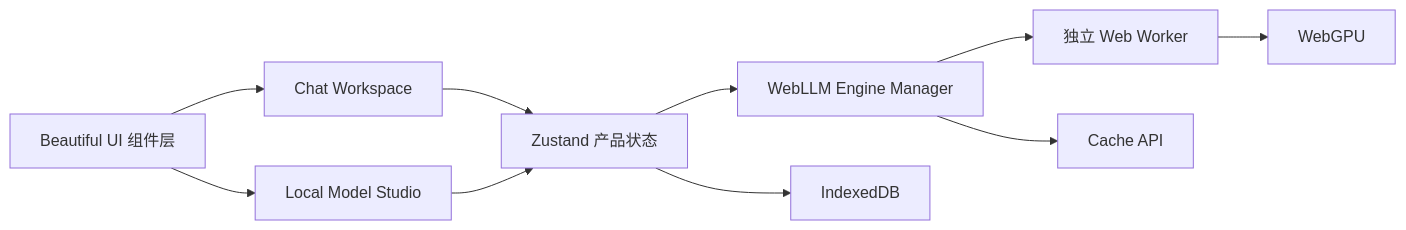
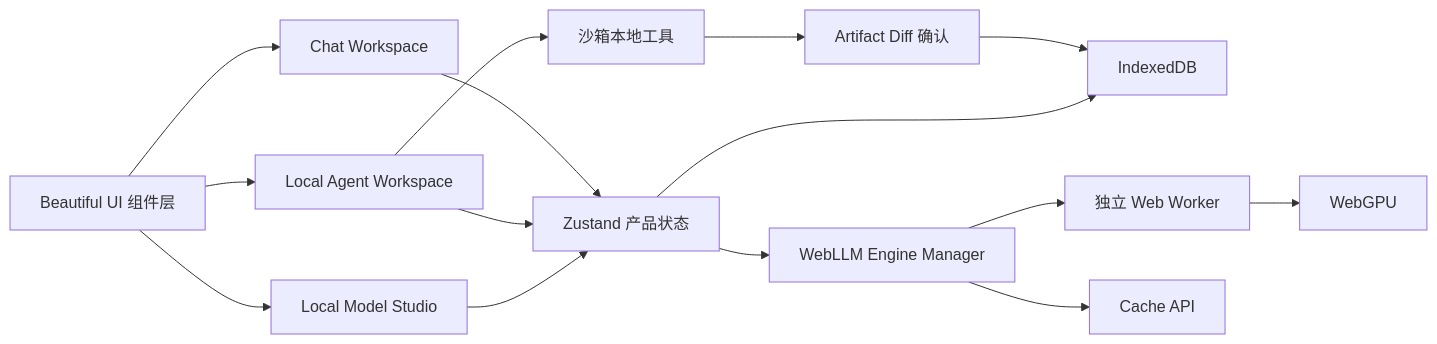
One commit to Ryan-yang125/ChatLLM-Web changed the diagram in README.zh-CN.md. Above: the diagram before and after it, drawn with Mermaid. The commit also changed other lines of this file and 27 other files, not shown here.

Commit message:
feat: ship v3.2 local agent workspace (#24)

````diff
--- a/README.zh-CN.md
+++ b/README.zh-CN.md
@@ -123,12 +146,17 @@
 ```mermaid
 flowchart LR
   UI[Beautiful UI 组件层] --> Chat[Chat Workspace]
+  UI --> Agent[Local Agent Workspace]
   UI --> Studio[Local Model Studio]
   Chat --> Store[Zustand 产品状态]
+  Agent --> Store
+  Agent --> Tools[沙箱本地工具]
+  Tools --> Approval[Artifact Diff 确认]
+  Approval --> IDB
   Studio --> Store
   Store --> Engine[WebLLM Engine Manager]
   Engine --> Worker[独立 Web Worker]
   Worker --> GPU[WebGPU]
   Store --> IDB[IndexedDB]
   Engine --> Cache[Cache API]
 ```
````
